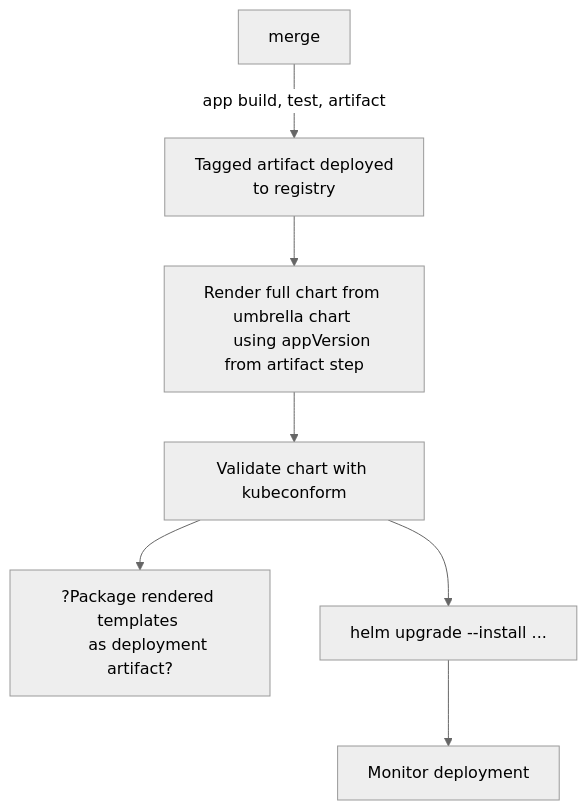
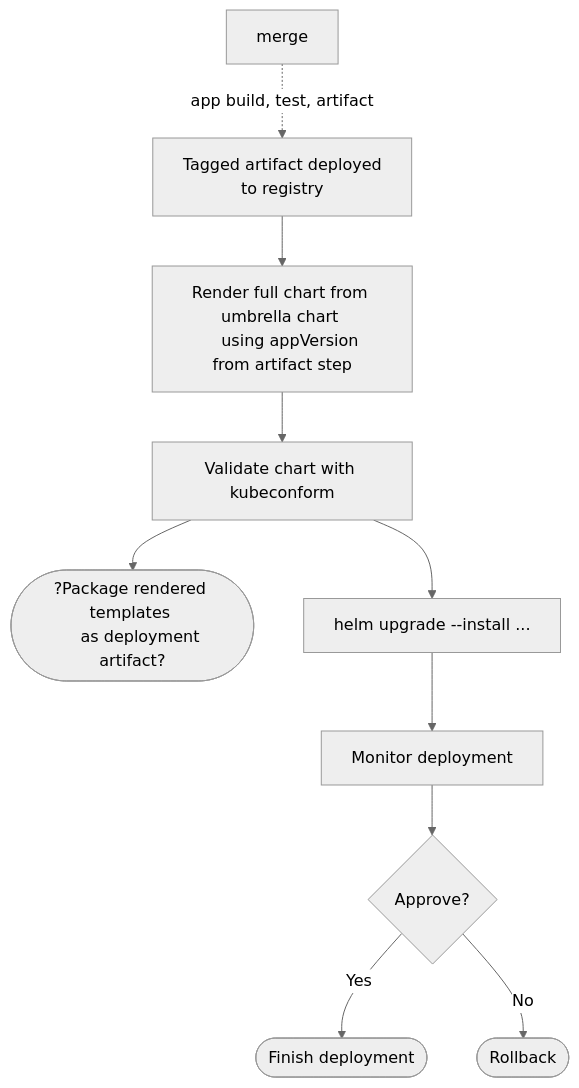
Before and after one commit to nexient-llc/common-platform-documentation: the diagram in platform/continuous-deployment/kubernetes/README.md, drawn with Mermaid (neutral theme). The commit also changed other lines of this file and 2 other files, not shown here.

Commit message:
remove unnecessary templates doc

````diff
--- a/platform/continuous-deployment/kubernetes/README.md
+++ b/platform/continuous-deployment/kubernetes/README.md
@@ -31,12 +45,15 @@
 ```mermaid
 flowchart TD;
-    A[merge] --> |app build, test, artifact| B[Tagged artifact deployed
+    A[merge] -.-> |app build, test, artifact| B[Tagged artifact deployed
     to registry]
     B --> C[Render full chart from umbrella chart 
     using appVersion from artifact step]
     C --> D[Validate chart with kubeconform]
-    D --> F[?Package rendered templates 
-    as deployment artifact?]
+    D --> F([?Package rendered templates 
+    as deployment artifact?])
     D --> E[helm upgrade --install ...]
     E --> G[Monitor deployment]
+    G --> H{Approve?}
+    H --> |Yes| I([Finish deployment])
+    H --> |No| J([Rollback])
 ```
````
